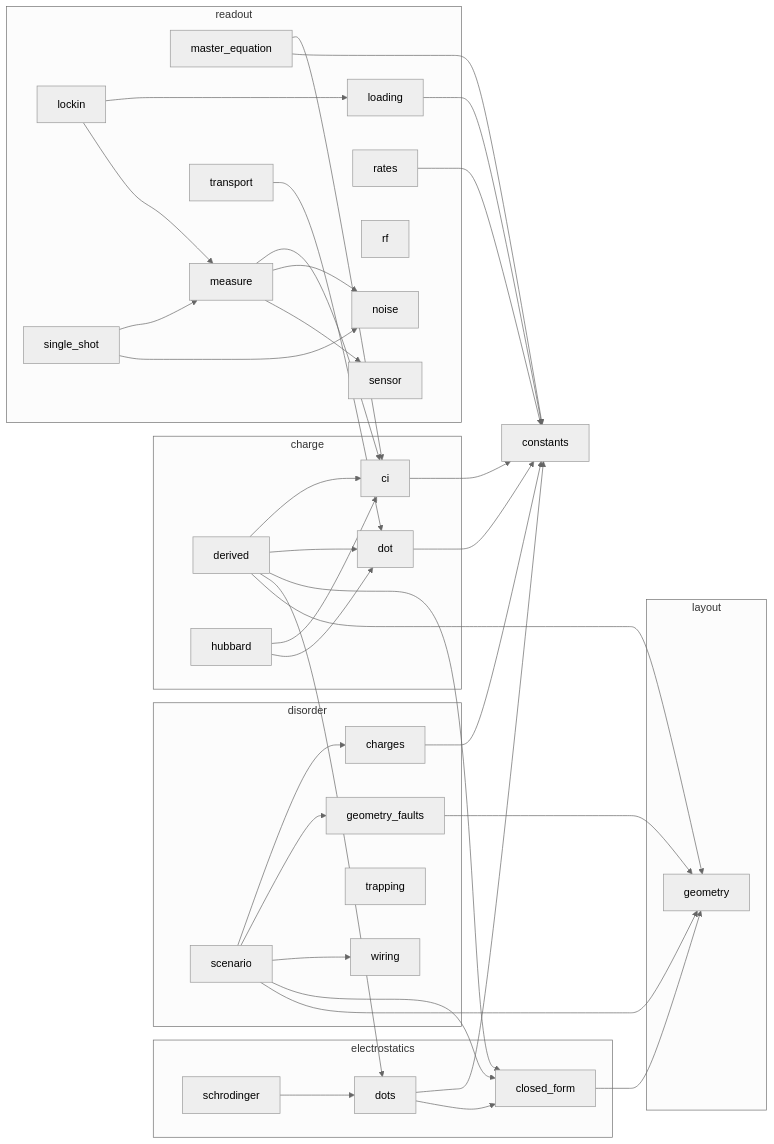
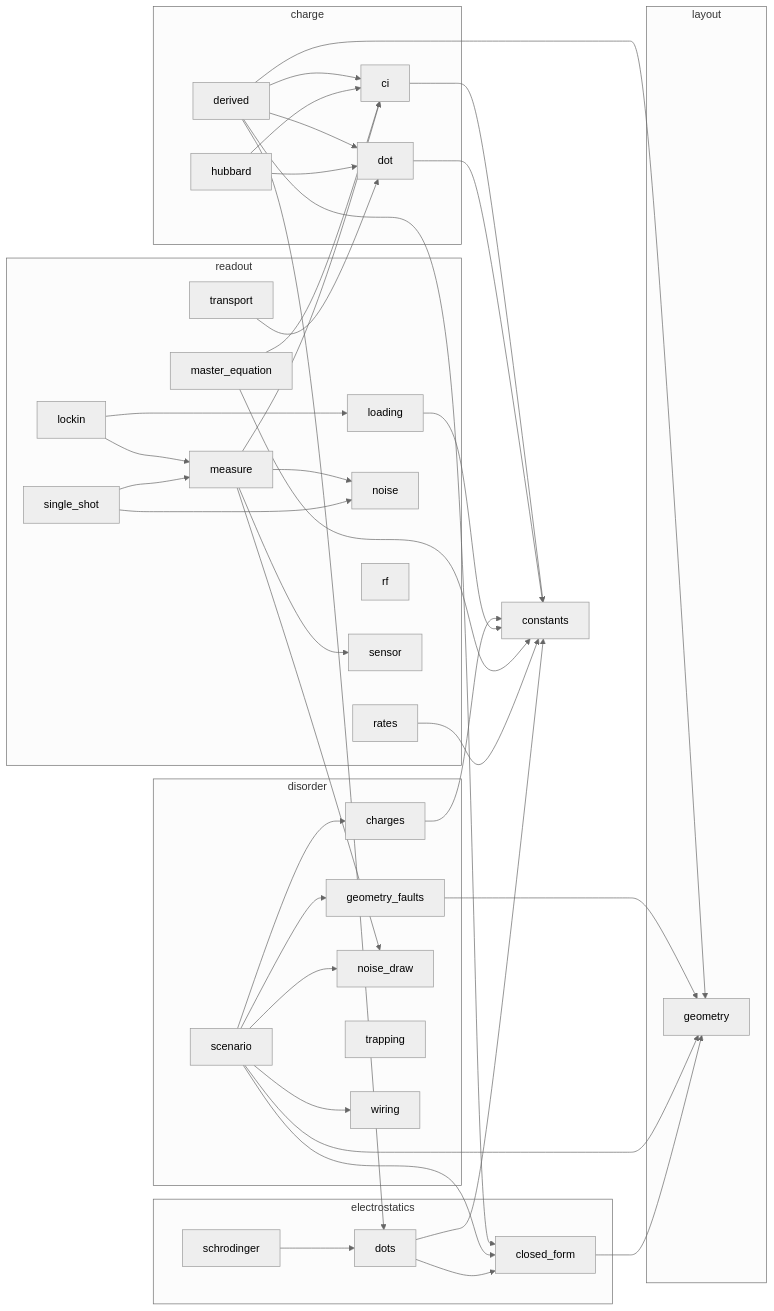
Before and after one commit to CowboyQuantum/phantom: the second of 2 diagrams in docs/MODELS.md, drawn with Mermaid (neutral theme). The commit also changed other lines of this file and 20 other files, not shown here.

First line of the commit message:
feat(disorder,readout): per-device noise draws; switcher and drift protocols; plunger-vs-barrier on the master equation (Step 4, third PR)

````diff
--- a/docs/MODELS.md
+++ b/docs/MODELS.md
@@ -151,68 +155,71 @@
 ```mermaid
 flowchart LR
   subgraph layout
     layout_geometry["geometry"]
   end
   subgraph electrostatics
     electrostatics_closed_form["closed_form"]
     electrostatics_dots["dots"]
     electrostatics_schrodinger["schrodinger"]
   end
   subgraph disorder
     disorder_charges["charges"]
     disorder_geometry_faults["geometry_faults"]
+    disorder_noise_draw["noise_draw"]
     disorder_scenario["scenario"]
     disorder_trapping["trapping"]
     disorder_wiring["wiring"]
   end
   subgraph charge
     charge_ci["ci"]
     charge_derived["derived"]
     charge_dot["dot"]
     charge_hubbard["hubbard"]
   end
   subgraph readout
     readout_loading["loading"]
     readout_lockin["lockin"]
     readout_master_equation["master_equation"]
     readout_measure["measure"]
     readout_noise["noise"]
     readout_rates["rates"]
     readout_rf["rf"]
     readout_sensor["sensor"]
     readout_single_shot["single_shot"]
     readout_transport["transport"]
   end
   charge_ci --> constants
   charge_derived --> charge_ci
   charge_derived --> charge_dot
   charge_derived --> electrostatics_closed_form
   charge_derived --> electrostatics_dots
   charge_derived --> layout_geometry
   charge_dot --> constants
   charge_hubbard --> charge_ci
   charge_hubbard --> charge_dot
   disorder_charges --> constants
   disorder_geometry_faults --> layout_geometry
   disorder_scenario --> disorder_charges
   disorder_scenario --> disorder_geometry_faults
+  disorder_scenario --> disorder_noise_draw
   disorder_scenario --> disorder_wiring
   disorder_scenario --> electrostatics_closed_form
   disorder_scenario --> layout_geometry
   electrostatics_closed_form --> layout_geometry
   electrostatics_dots --> constants
   electrostatics_dots --> electrostatics_closed_form
   electrostatics_schrodinger --> electrostatics_dots
   readout_loading --> constants
   readout_lockin --> readout_loading
   readout_lockin --> readout_measure
   readout_master_equation --> charge_ci
   readout_master_equation --> constants
   readout_measure --> charge_ci
+  readout_measure --> disorder_noise_draw
   readout_measure --> readout_noise
   readout_measure --> readout_sensor
   readout_rates --> constants
   readout_single_shot --> readout_measure
   readout_single_shot --> readout_noise
   readout_transport --> charge_dot
 ```
````
